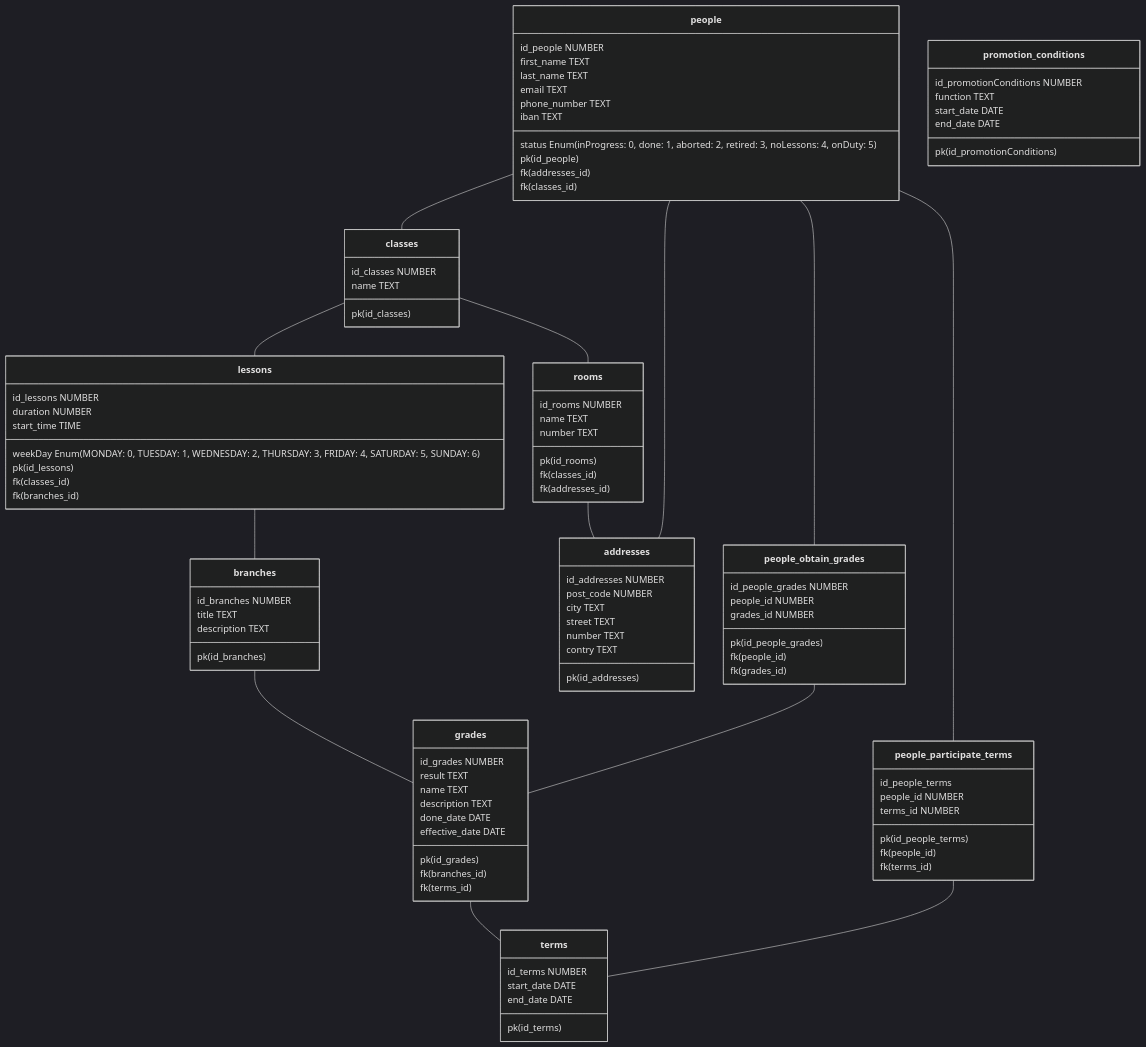
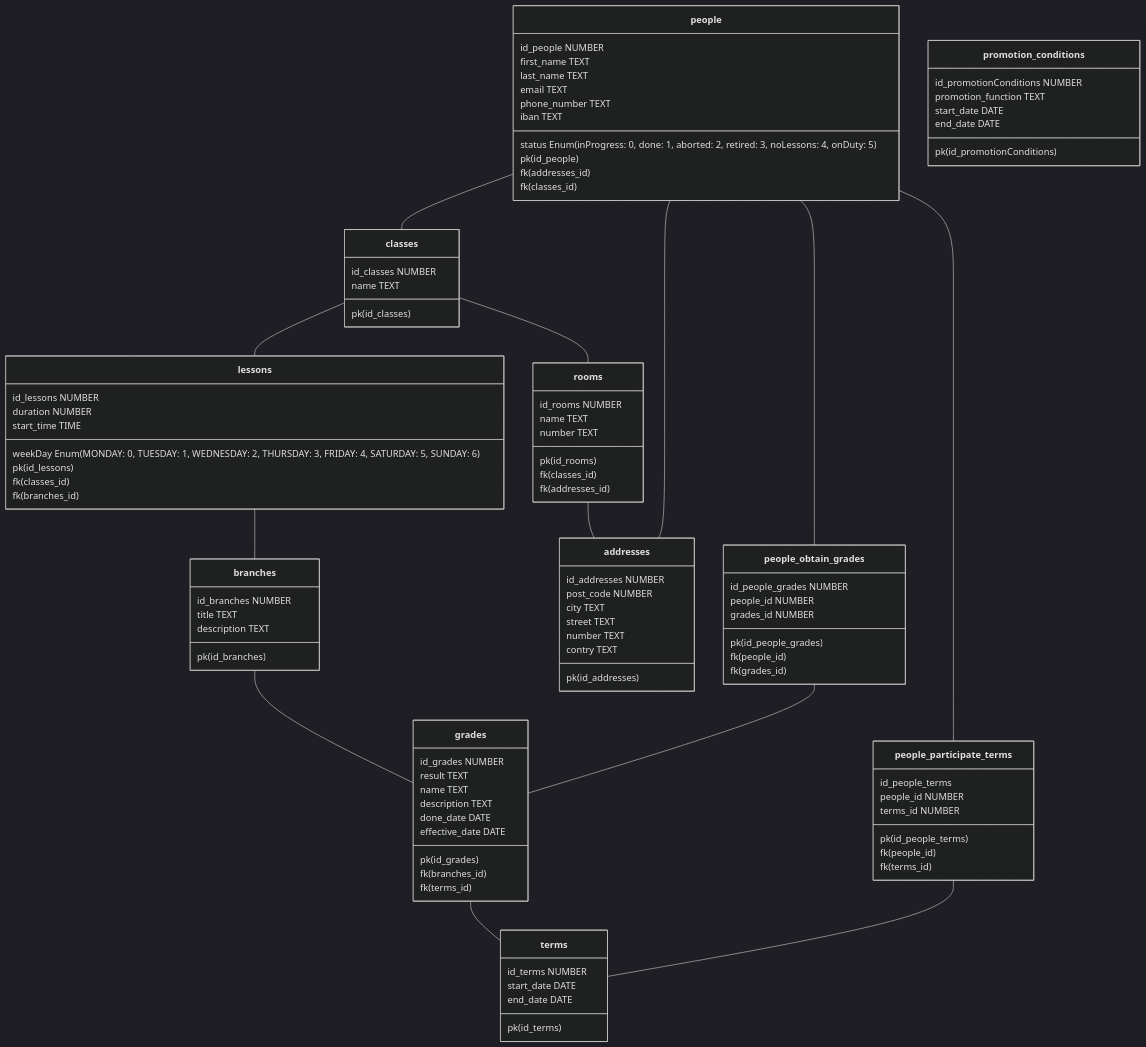
The diagram in analyseNoéZwissig.md (Witex15/SQL1Prj1No-Zwissig), drawn with Mermaid (dark theme) before and after one commit. The commit also changed other lines of this file and 1 other file, not shown here.

```diff
--- a/analyseNoéZwissig.md
+++ b/analyseNoéZwissig.md
@@ -128,7 +180,7 @@
     }
     class classes{
         id_classes NUMBER
-        name  TEXT
+        name TEXT
         
         pk(id_classes)
     }
@@ -151,7 +203,7 @@
     }
     class promotion_conditions{
         id_promotionConditions NUMBER
-        function TEXT
+        promotion_function TEXT
         start_date DATE
         end_date DATE
         
```
